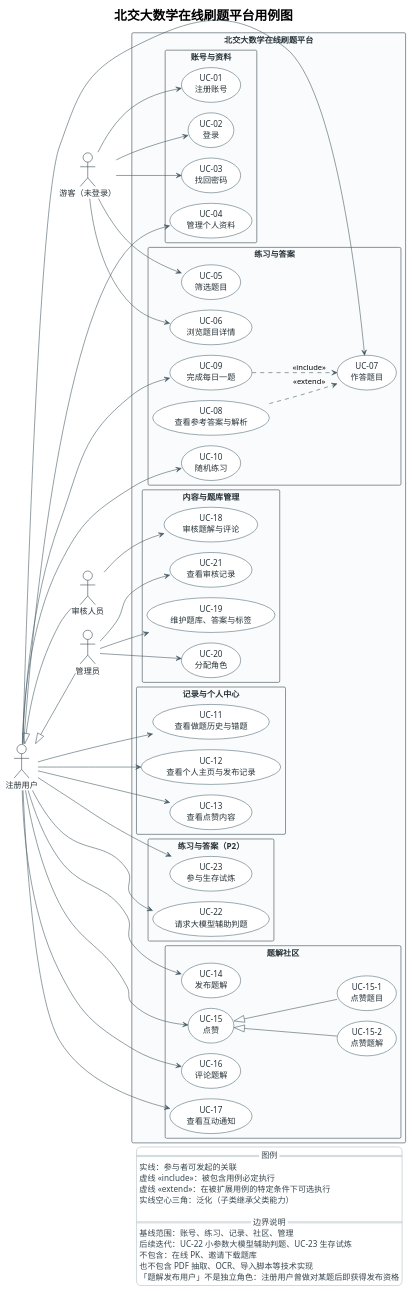
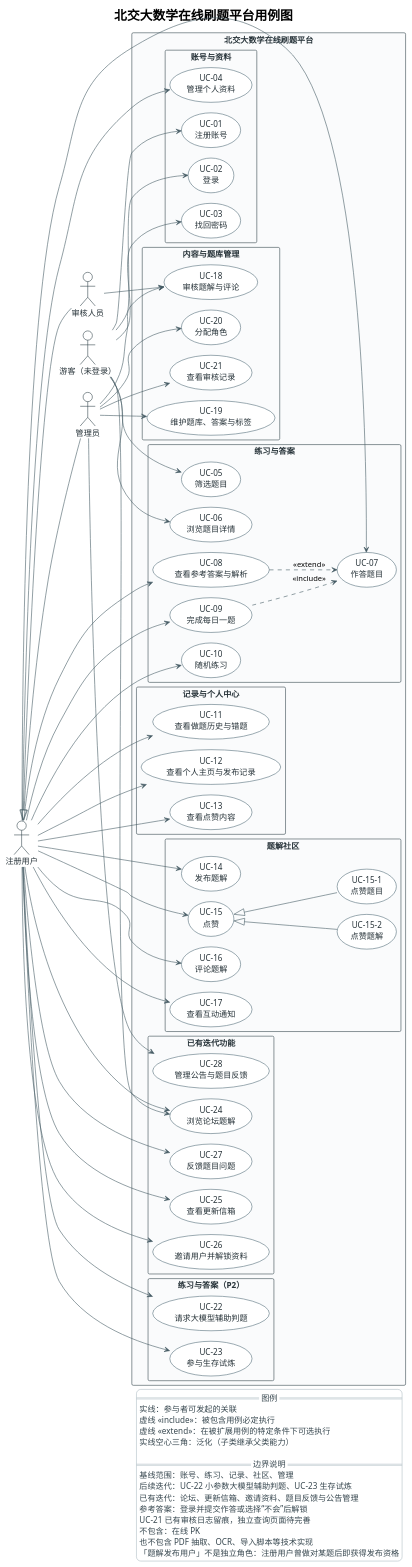
One commit to fjw345/mathonline changed the diagram in docs/需求分析与产品设计/用例图.puml. Above: the diagram before and after it, drawn with PlantUML. The commit also changed 2 other files, not shown here.

```diff
--- a/docs/需求分析与产品设计/用例图.puml
+++ b/docs/需求分析与产品设计/用例图.puml
@@ -1,7 +1,8 @@
 @startuml
 ' ============================================================================
 ' 北交大数学在线刷题平台 — 用例图（Use Case Diagram）
-' 覆盖范围：UC-01 至 UC-23，其中 UC-22、UC-23 为后续迭代
+' 覆盖范围：UC-01 至 UC-28，其中 UC-22、UC-23 为后续迭代
+' 2026-11-12 局部修订；同目录 PNG 为早期渲染，后续统一更新。
 ' 语义来源：do-math-problem-online项目开发计划.md
 ' ============================================================================
 
@@ -112,6 +113,14 @@
     usecase "UC-23\n参与生存试炼" as UC23
   }
 
+  package "已有迭代功能" {
+    usecase "UC-24\n浏览论坛题解" as UC24
+    usecase "UC-25\n查看更新信箱" as UC25
+    usecase "UC-26\n邀请用户并解锁资料" as UC26
+    usecase "UC-27\n反馈题目问题" as UC27
+    usecase "UC-28\n管理公告与题目反馈" as UC28
+  }
+
 }
 
 ' ============================================================================
@@ -124,10 +133,16 @@
 guest --> UC03
 guest --> UC05
 guest --> UC06
+guest --> UC24
 
 ' 注册用户
 registered --> UC04
 registered --> UC07
+registered --> UC08
+registered --> UC24
+registered --> UC25
+registered --> UC26
+registered --> UC27
 registered --> UC09
 registered --> UC10
 registered --> UC22
@@ -145,6 +160,8 @@
 
 ' 管理员
 administrator --> UC19
+administrator --> UC18
+administrator --> UC28
 administrator --> UC20
 administrator --> UC21
 
@@ -175,7 +192,10 @@
   == 边界说明 ==
   基线范围：账号、练习、记录、社区、管理
   后续迭代：UC-22 小参数大模型辅助判题、UC-23 生存试炼
-  不包含：在线 PK、邀请下载题库
+  已有迭代：论坛、更新信箱、邀请资料、题目反馈与公告管理
+  参考答案：登录并提交作答或选择“不会”后解锁
+  UC-21 已有审核日志留痕，独立查询页面待完善
+  不包含：在线 PK
   也不包含 PDF 抽取、OCR、导入脚本等技术实现
   「题解发布用户」不是独立角色：注册用户曾做对某题后即获得发布资格
 endlegend
```
